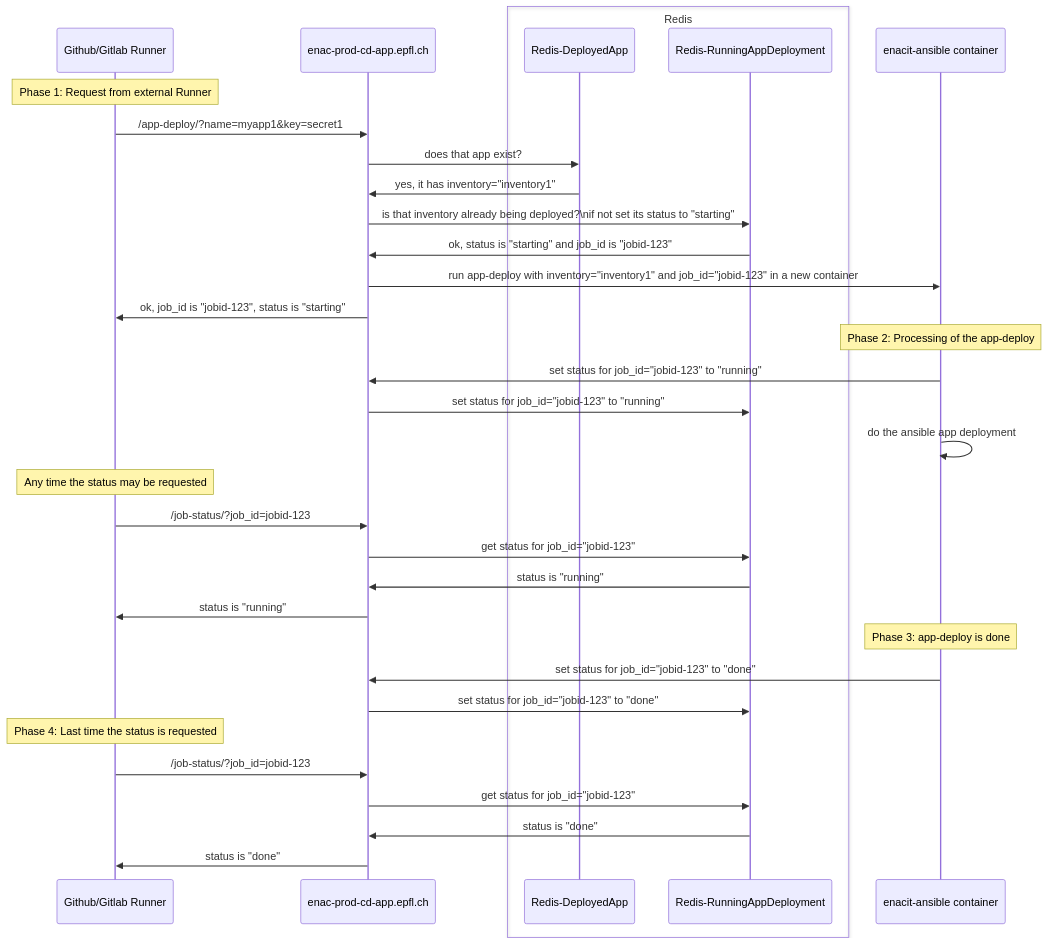
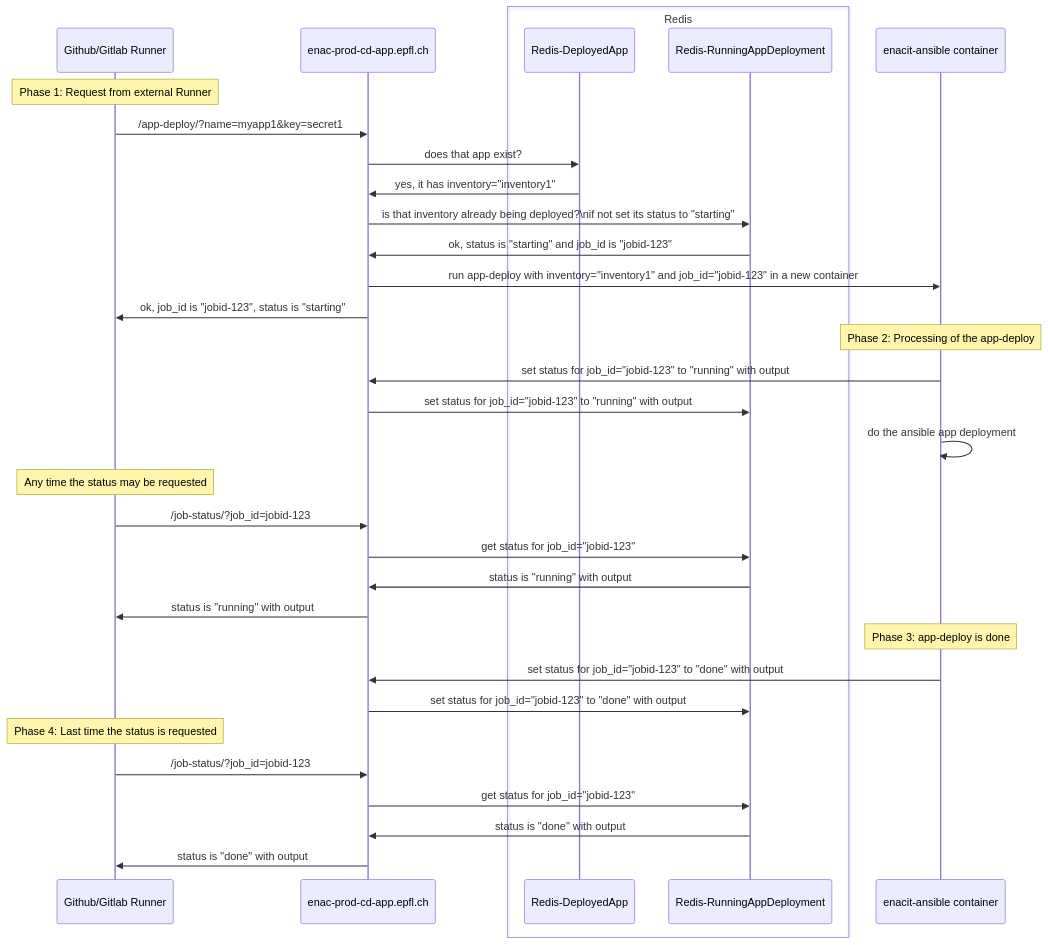
One commit to EPFL-ENAC/enac-cd-app changed the first of 2 diagrams in README.md. Above: the diagram before and after it, drawn with Mermaid. The commit also changed 3 other files, not shown here.

Commit message:
feat(CD): handle /app-deploy/ and job-status follow up

````diff
--- a/README.md
+++ b/README.md
@@ -7,42 +7,42 @@
 ```mermaid
 sequenceDiagram
     participant GHR as Github/Gitlab Runner
     participant CD as enac-prod-cd-app.epfl.ch
     box Redis
     participant R-App as Redis-DeployedApp
     participant R-Running as Redis-RunningAppDeployment
     end
     participant enacit-ansible as enacit-ansible container
 
     Note over GHR: Phase 1: Request from external Runner
 
     GHR->>CD: /app-deploy/?name=myapp1&key=secret1
     CD->>R-App: does that app exist?
     R-App->>CD: yes, it has inventory="inventory1"
     CD->>R-Running: is that inventory already being deployed?\nif not set its status to "starting"
     R-Running->>CD: ok, status is "starting" and job_id is "jobid-123"
     CD->>enacit-ansible: run app-deploy with inventory="inventory1" and job_id="jobid-123" in a new container
     CD->>GHR: ok, job_id is "jobid-123", status is "starting"
 
     Note over enacit-ansible: Phase 2: Processing of the app-deploy
-    enacit-ansible->>CD: set status for job_id="jobid-123" to "running"
-    CD->>R-Running: set status for job_id="jobid-123" to "running"
+    enacit-ansible->>CD: set status for job_id="jobid-123" to "running" with output
+    CD->>R-Running: set status for job_id="jobid-123" to "running" with output
     enacit-ansible->>enacit-ansible: do the ansible app deployment
 
     Note over GHR: Any time the status may be requested
     GHR->>CD: /job-status/?job_id=jobid-123
     CD->>R-Running: get status for job_id="jobid-123"
-    R-Running->>CD: status is "running"
-    CD->>GHR: status is "running"
+    R-Running->>CD: status is "running" with output
+    CD->>GHR: status is "running" with output
 
     Note over enacit-ansible: Phase 3: app-deploy is done
-    enacit-ansible->>CD: set status for job_id="jobid-123" to "done"
-    CD->>R-Running: set status for job_id="jobid-123" to "done"
+    enacit-ansible->>CD: set status for job_id="jobid-123" to "done" with output
+    CD->>R-Running: set status for job_id="jobid-123" to "done" with output
 
     Note over GHR: Phase 4: Last time the status is requested
     GHR->>CD: /job-status/?job_id=jobid-123
     CD->>R-Running: get status for job_id="jobid-123"
-    R-Running->>CD: status is "done"
-    CD->>GHR: status is "done"
+    R-Running->>CD: status is "done" with output
+    CD->>GHR: status is "done" with output
 
 ```
````
